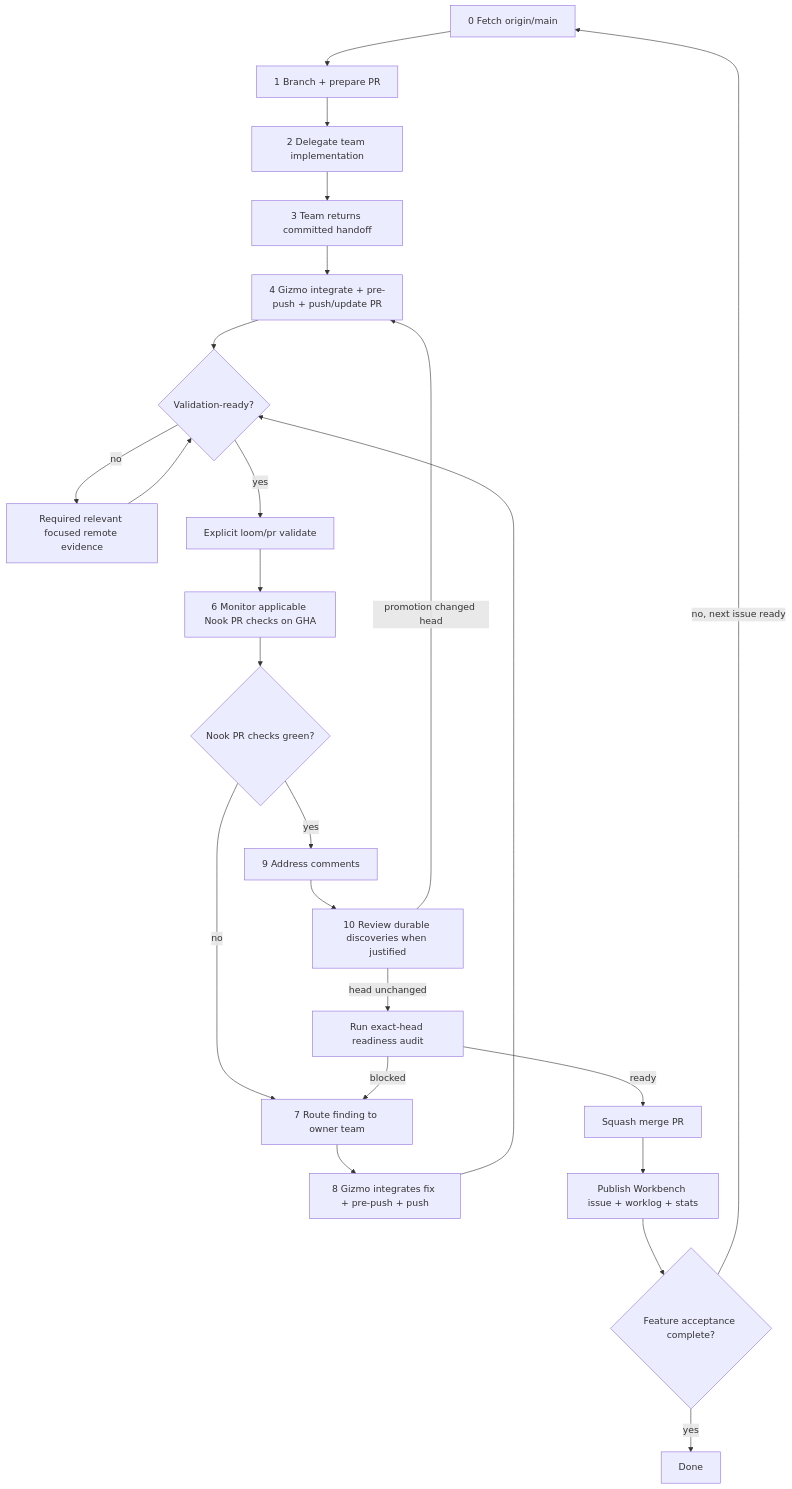
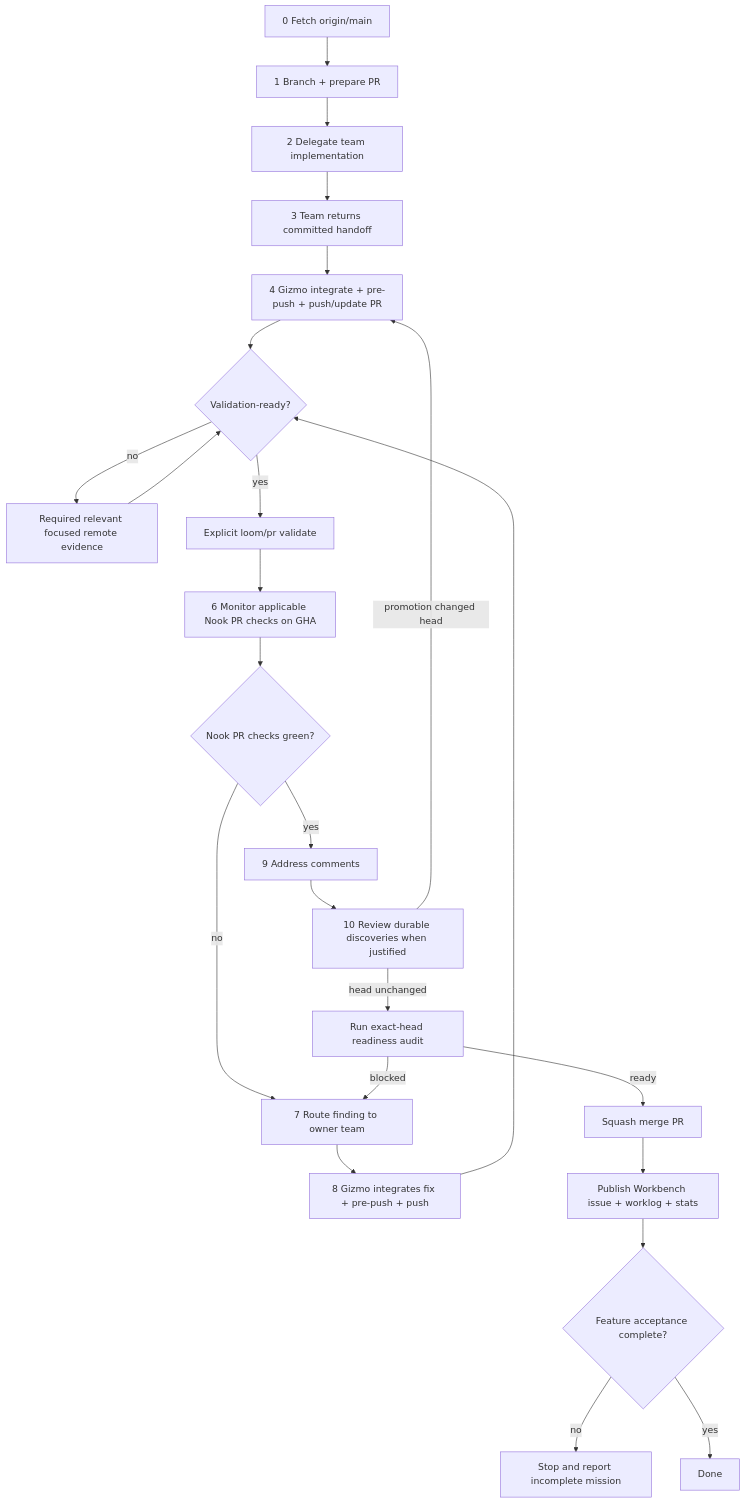
Before and after one commit to meta-secret/nook: the diagram in .cortex/gizmo/workflows/pull-requests.md, drawn with Mermaid. The commit also changed other lines of this file and 28 other files, not shown here.

````diff
--- a/.cortex/gizmo/workflows/pull-requests.md
+++ b/.cortex/gizmo/workflows/pull-requests.md
@@ -335,26 +280,26 @@
 ```mermaid
 flowchart TD
   Z[0 Fetch origin/main] --> A[1 Branch + prepare PR]
   A --> I[2 Delegate team implementation]
   I --> CMT[3 Team returns committed handoff]
   CMT --> E[4 Gizmo integrate + pre-push + push/update PR]
   E --> D{Validation-ready?}
   D -->|no| X[Required relevant focused remote evidence]
   D -->|yes| V[Explicit loom/pr validate]
   X --> D
   V --> F[6 Monitor applicable Nook PR checks on GHA]
   F --> G{Nook PR checks green?}
   G -->|no| H[7 Route finding to owner team]
   H --> PUSH[8 Gizmo integrates fix + pre-push + push]
   PUSH --> D
   G -->|yes| C[9 Address comments]
   C --> SI[10 Review durable discoveries when justified]
   SI -->|promotion changed head| E
   SI -->|head unchanged| R[Run exact-head readiness audit]
   R -->|blocked| H
   R -->|ready| M[Squash merge PR]
   M --> S[Publish Workbench issue + worklog + stats]
   S --> J{Feature acceptance complete?}
-  J -->|no, next issue ready| Z
+  J -->|no| B[Stop and report incomplete mission]
   J -->|yes| K[Done]
 ```
````
